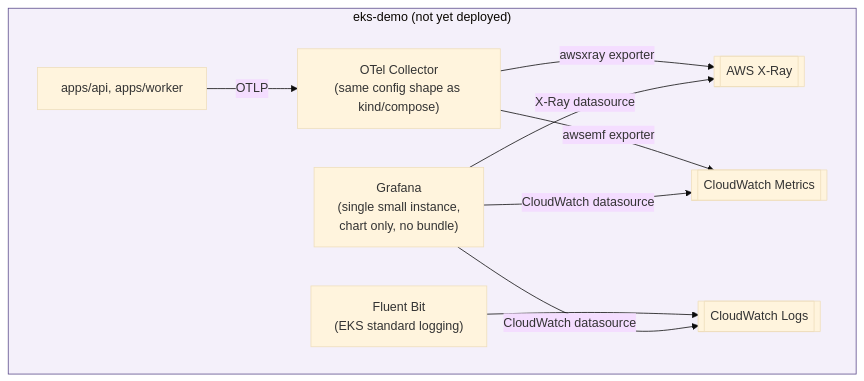
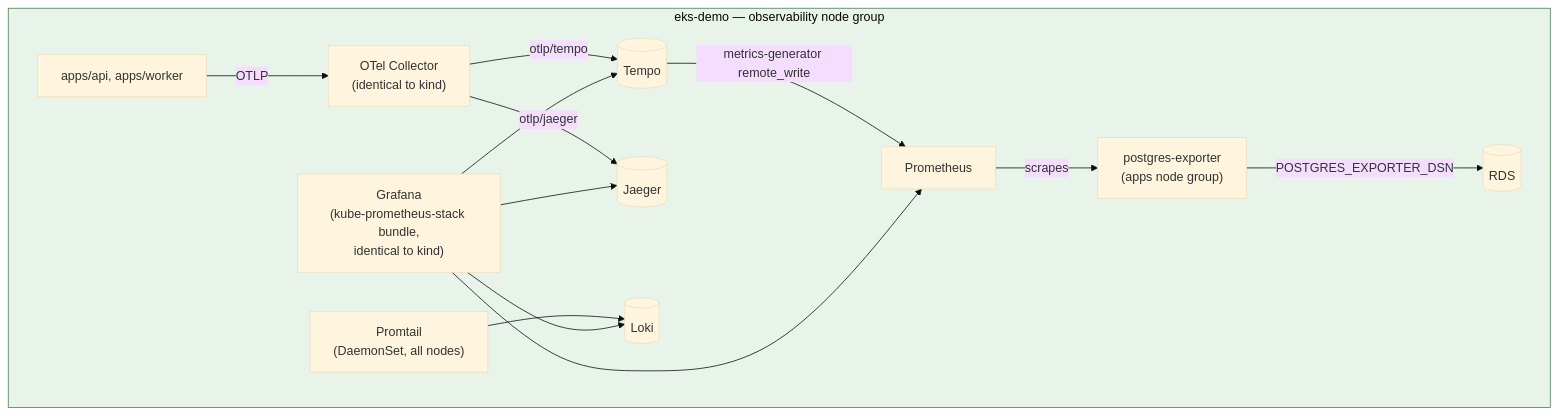
The third of 5 diagrams in docs/superpowers/specs/2026-07-14-phase7-aws-rds-secrets-manager-design.md (rozdolsky33/OpenLex), drawn with Mermaid (base theme) before and after one commit. The commit also changed other lines of this file, not shown here.

First line of the commit message:
Revise 7.6/7.9: self-hosted observability (mirror kind), not AWS-native

````diff
--- a/docs/superpowers/specs/2026-07-14-phase7-aws-rds-secrets-manager-design.md
+++ b/docs/superpowers/specs/2026-07-14-phase7-aws-rds-secrets-manager-design.md
@@ -247,15 +273,19 @@
 ```mermaid
 flowchart TB
-    subgraph EKS["eks-demo (not yet deployed)"]
-        App["apps/api, apps/worker"] -- OTLP --> Coll["OTel Collector<br/>(same config shape as kind/compose)"]
-        Coll -- awsxray exporter --> XRay[["AWS X-Ray"]]
-        Coll -- awsemf exporter --> CW[["CloudWatch Metrics"]]
-        FluentBit["Fluent Bit<br/>(EKS standard logging)"] --> CWLogs[["CloudWatch Logs"]]
-        Graf["Grafana<br/>(single small instance,<br/>chart only, no bundle)"]
-        Graf -- "CloudWatch datasource" --> CW
-        Graf -- "CloudWatch datasource" --> CWLogs
-        Graf -- "X-Ray datasource" --> XRay
+    subgraph EKS["eks-demo — observability node group"]
+        App["apps/api, apps/worker"] -- OTLP --> Coll["OTel Collector<br/>(identical to kind)"]
+        Coll -- otlp/tempo --> Tempo[("Tempo")]
+        Coll -- otlp/jaeger --> Jaeger[("Jaeger")]
+        Promtail["Promtail<br/>(DaemonSet, all nodes)"] --> Loki[("Loki")]
+        PGExp["postgres-exporter<br/>(apps node group)"] -- POSTGRES_EXPORTER_DSN --> RDS[("RDS")]
+        Prom["Prometheus"] -- scrapes --> PGExp
+        Tempo -- metrics-generator remote_write --> Prom
+        Graf["Grafana<br/>(kube-prometheus-stack bundle,<br/>identical to kind)"]
+        Graf --> Prom
+        Graf --> Tempo
+        Graf --> Jaeger
+        Graf --> Loki
     end
 
-    style EKS fill:#f4f0fa,stroke:#5a4a8a
+    style EKS fill:#e8f4ea,stroke:#4a7a52
 ```
````
